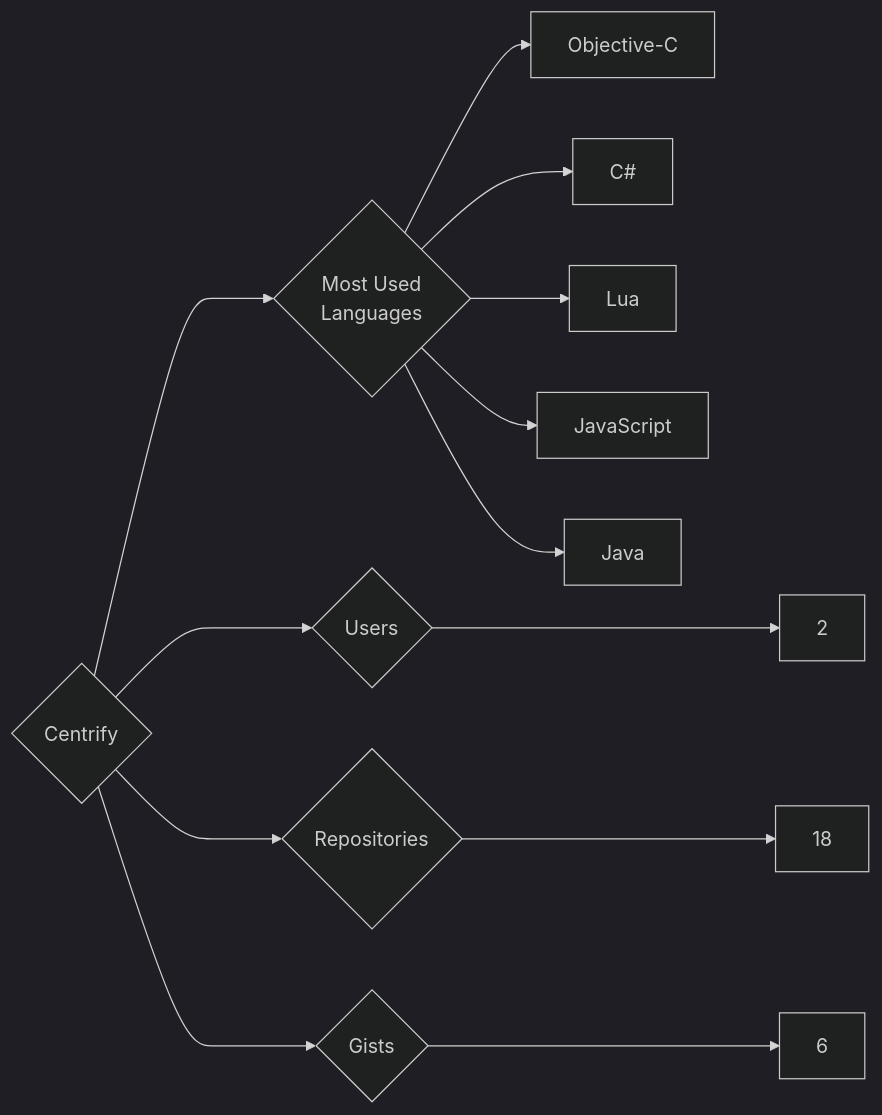
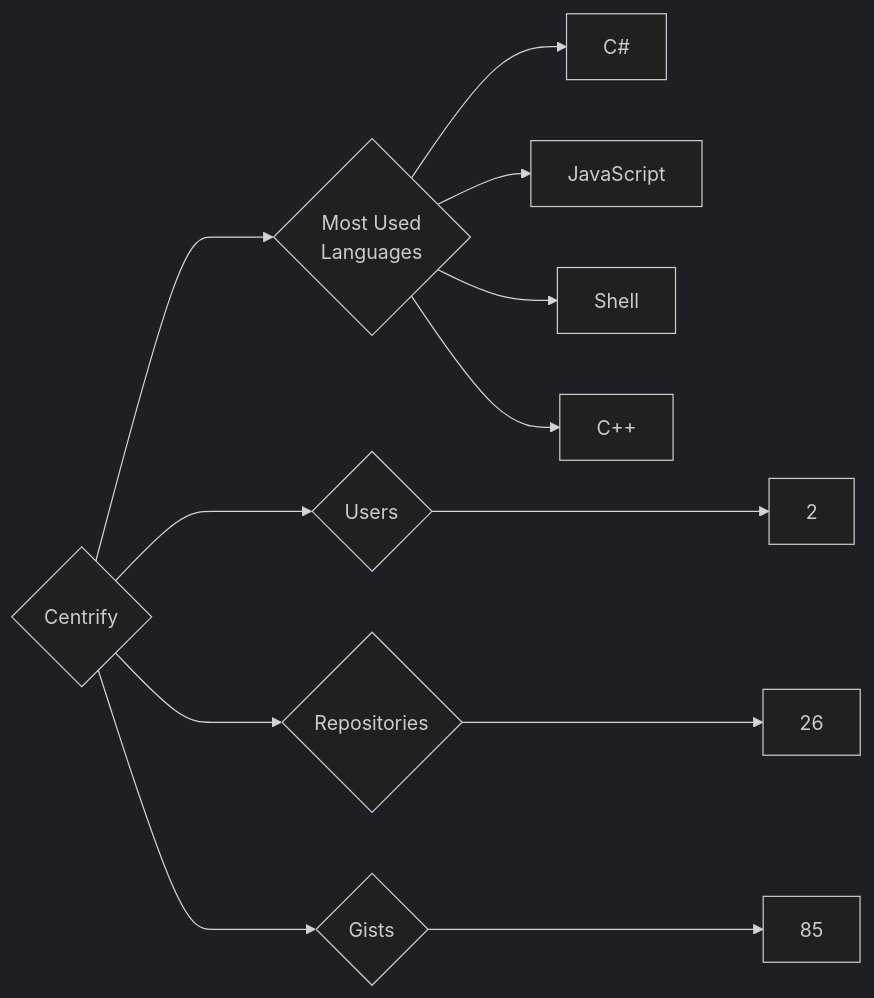
The diagram in targets/Centrify/README.md (trickest/insiders), drawn with Mermaid (dark theme) before and after one commit. The commit also changed 809 other files, not shown here.

````diff
--- a/targets/Centrify/README.md
+++ b/targets/Centrify/README.md
@@ -3,13 +3,12 @@
 ```mermaid
 graph LR
 COMPANY_NAME{Centrify}
 COMPANY_NAME ---> U{Users} ---> UN[2]
-COMPANY_NAME ---> R{Repositories} ---> RN[18]
-COMPANY_NAME ---> G{Gists} ---> GN[6]
+COMPANY_NAME ---> R{Repositories} ---> RN[26]
+COMPANY_NAME ---> G{Gists} ---> GN[85]
 COMPANY_NAME ---> ML{Most Used<br>Languages}
-ML --> Objective-C[Objective-C]
 ML --> C#[C#]
-ML --> Lua[Lua]
 ML --> JavaScript[JavaScript]
-ML --> Java[Java]
+ML --> Shell[Shell]
+ML --> C++[C++]
 ```
````
